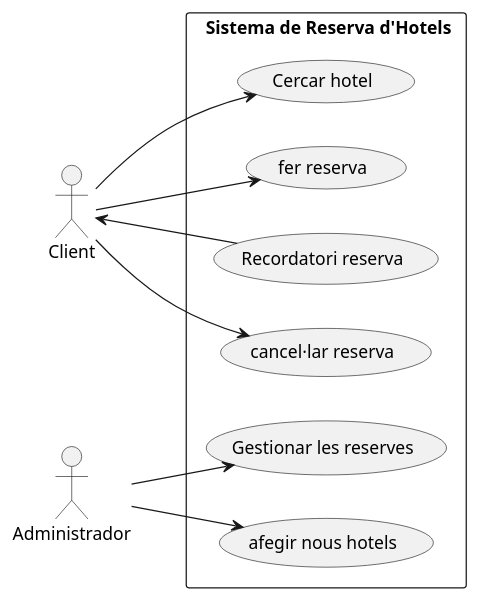
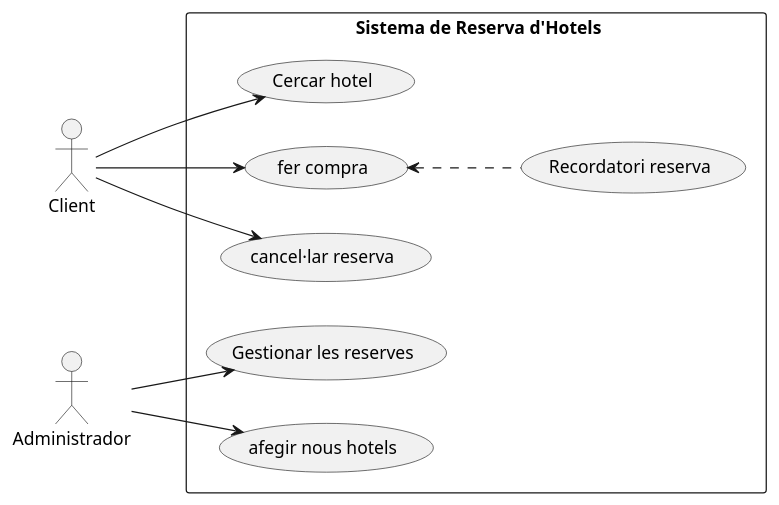
The diagram in src/hoteles.puml (Isildu/UML2), drawn with PlantUML before and after one commit. The commit also changed 4 other files, not shown here.

```diff
--- a/src/hoteles.puml
+++ b/src/hoteles.puml
@@ -1,20 +1,20 @@
 @startuml
 left to right direction
 
 actor Client
 actor Administrador
 
 
 rectangle " Sistema de Reserva d'Hotels" {
    Client --> (Cercar hotel)
-   Client --> (fer reserva)
-   Client <-- (Recordatori reserva)
+   Client --> (fer compra)
+   (fer compra) <.. (Recordatori reserva)
    Client --> (cancel·lar reserva)
 
    Administrador --> (Gestionar les reserves)
    Administrador --> (afegir nous hotels)
 
 
 
 }
 @enduml
```
